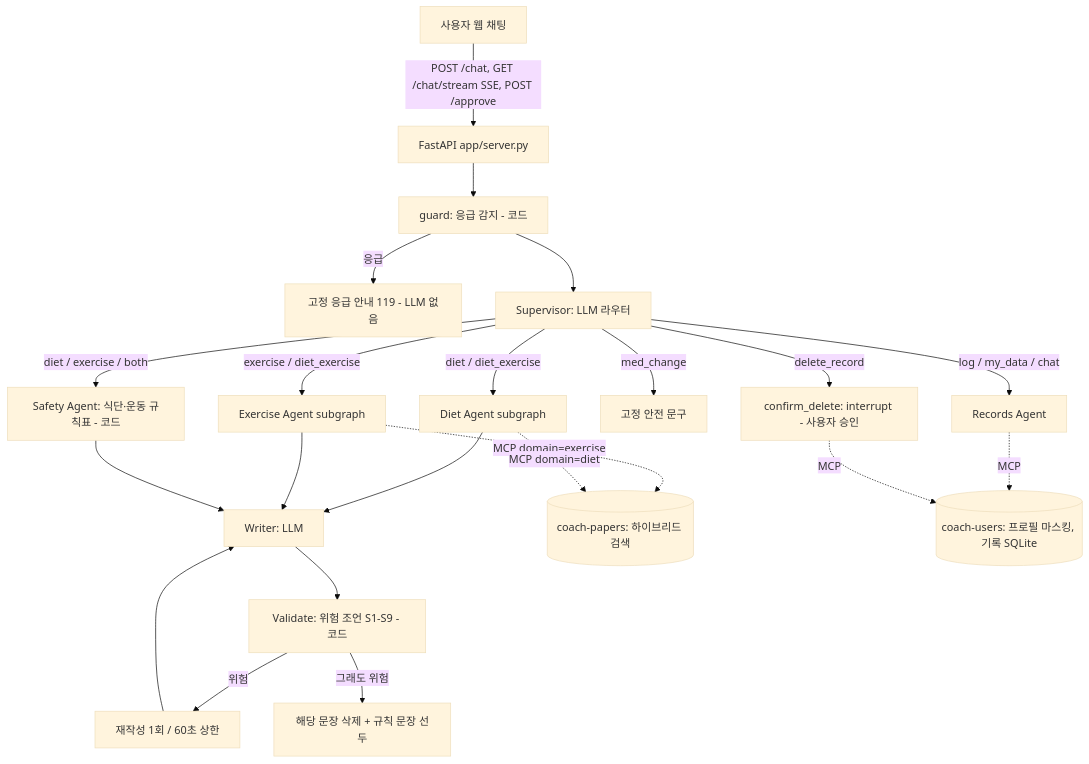
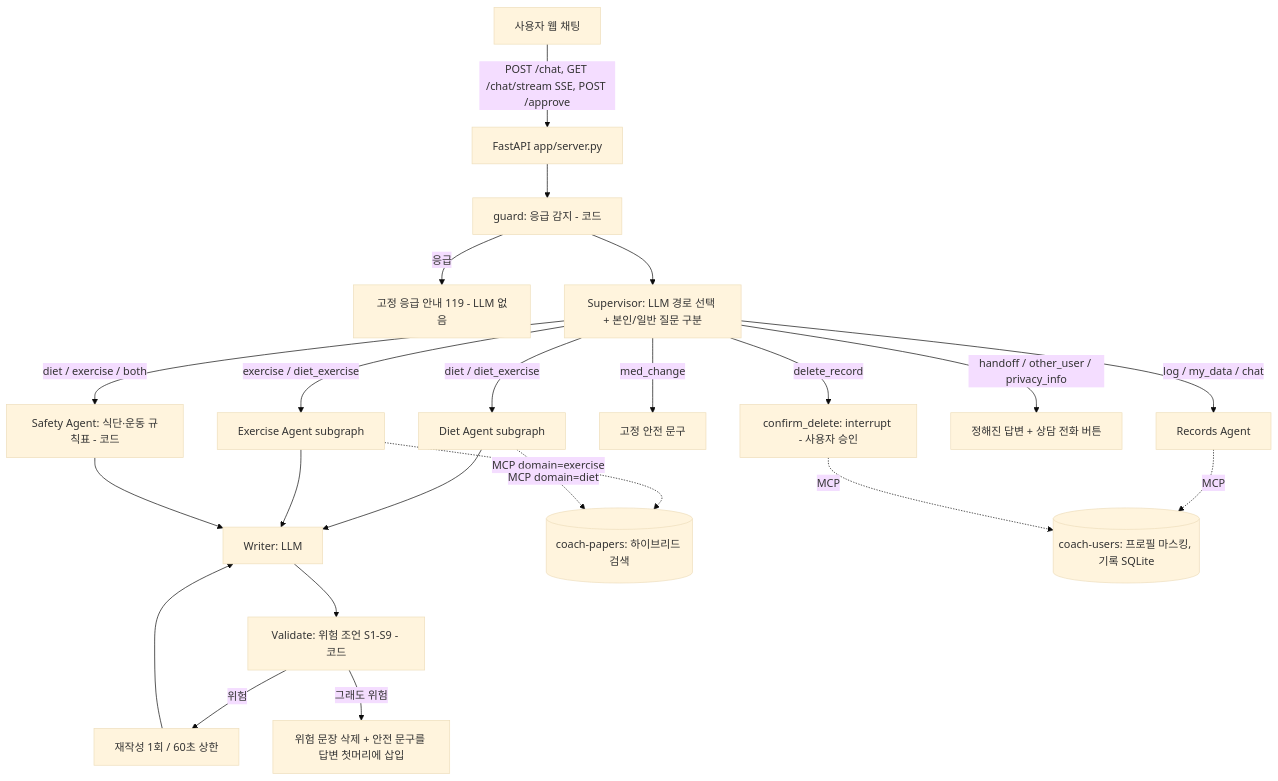
One commit to sihunwang-skala/health-coach-multi-agent changed the diagram in docs/ARCHITECTURE.md. Above: the diagram before and after it, drawn with Mermaid (base theme). The commit also changed other lines of this file and 58 other files, not shown here.

````diff
--- a/docs/ARCHITECTURE.md
+++ b/docs/ARCHITECTURE.md
@@ -3,23 +3,24 @@
 ```mermaid
 flowchart TD
   U[사용자 웹 채팅] -->|POST /chat, GET /chat/stream SSE, POST /approve| API[FastAPI app/server.py]
   API --> G[guard: 응급 감지 - 코드]
   G -->|응급| EM[고정 응급 안내 119 - LLM 없음]
-  G --> S[Supervisor: LLM 라우터]
+  G --> S[Supervisor: LLM 경로 선택 + 본인/일반 질문 구분]
   S -->|diet / diet_exercise| DA[Diet Agent subgraph]
   S -->|exercise / diet_exercise| EV[Exercise Agent subgraph]
   S -->|diet / exercise / both| SA[Safety Agent: 식단·운동 규칙표 - 코드]
   S -->|med_change| MC[고정 안전 문구]
   S -->|log / my_data / chat| RC[Records Agent]
+  S -->|handoff / other_user / privacy_info| FX[정해진 답변 + 상담 전화 버튼]
   S -->|delete_record| HD[confirm_delete: interrupt - 사용자 승인]
   DA --> W[Writer: LLM]
   EV --> W
   SA --> W
   W --> V[Validate: 위험 조언 S1-S9 - 코드]
   V -->|위험| RT[재작성 1회 / 60초 상한] --> W
-  V -->|그래도 위험| RM[해당 문장 삭제 + 규칙 문장 선두]
+  V -->|그래도 위험| RM[위험 문장 삭제 + 안전 문구를 답변 첫머리에 삽입]
   EV -. MCP domain=exercise .-> P[(coach-papers: 하이브리드 검색)]
   DA -. MCP domain=diet .-> P
   RC -. MCP .-> UDB[(coach-users: 프로필 마스킹, 기록 SQLite)]
   HD -. MCP .-> UDB
 ```
````
